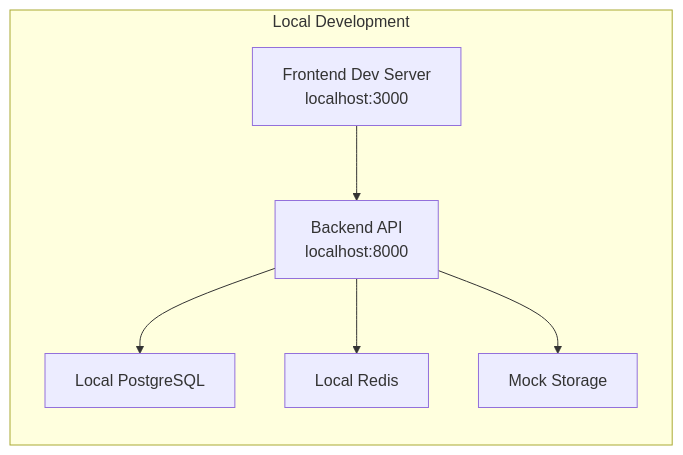
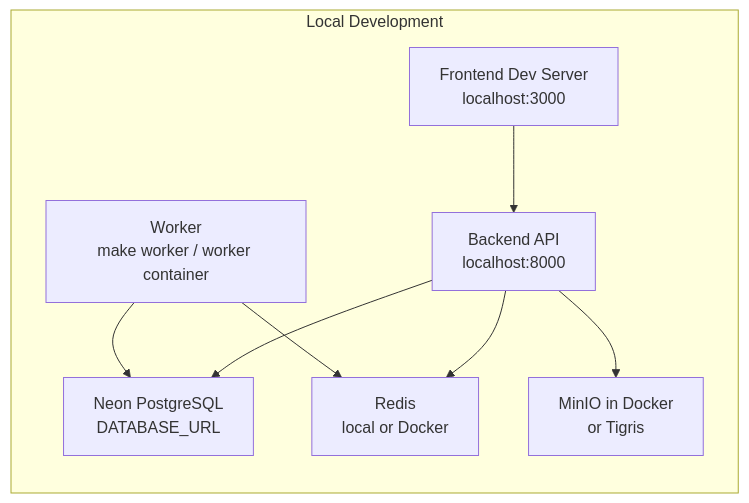
The seventh of 14 diagrams in docs/ARCHITECTURE.md (gofrolist/calorie-track-ai-bot-api), drawn with Mermaid before and after one commit. The commit also changed other lines of this file and 49 other files, not shown here.

First line of the commit message:
docs: align documentation with current code and architecture

````diff
--- a/docs/ARCHITECTURE.md
+++ b/docs/ARCHITECTURE.md
@@ -420,15 +423,18 @@
 ```mermaid
 graph LR
     subgraph "Local Development"
         DEV_FE[Frontend Dev Server<br/>localhost:3000]
         DEV_API[Backend API<br/>localhost:8000]
-        DEV_DB[Local PostgreSQL]
-        DEV_REDIS[Local Redis]
-        DEV_S3[Mock Storage]
+        DEV_WORKER[Worker<br/>make worker / worker container]
+        DEV_DB[Neon PostgreSQL<br/>DATABASE_URL]
+        DEV_REDIS[Redis<br/>local or Docker]
+        DEV_S3[MinIO in Docker<br/>or Tigris]
     end
 
     DEV_FE --> DEV_API
     DEV_API --> DEV_DB
     DEV_API --> DEV_REDIS
     DEV_API --> DEV_S3
+    DEV_WORKER --> DEV_REDIS
+    DEV_WORKER --> DEV_DB
 ```
````
